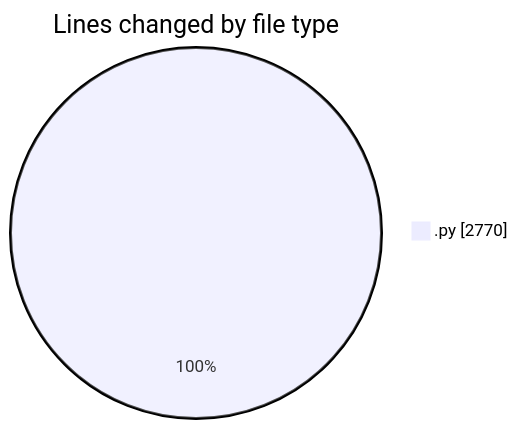
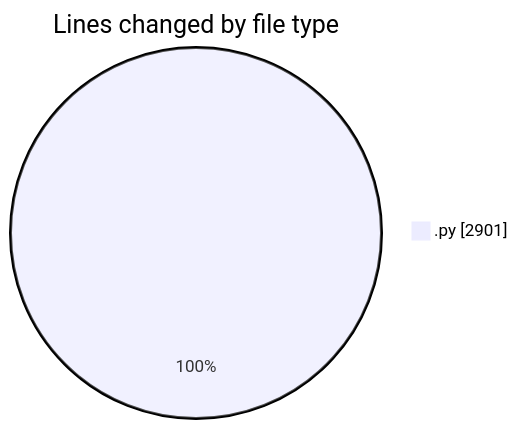
Before and after one commit to MatusMokan/code-tracking: the first of 2 diagrams in 2025-03-08/myws__workspace_/README.md, drawn with Mermaid. The commit also changed other lines of this file and 1 other file, not shown here.

````diff
--- a/2025-03-08/myws__workspace_/README.md
+++ b/2025-03-08/myws__workspace_/README.md
@@ -22,5 +23,5 @@
 ```mermaid
 pie showData
 title Lines changed by file type
-".py" : 2770
+".py" : 2901
 ```
````
